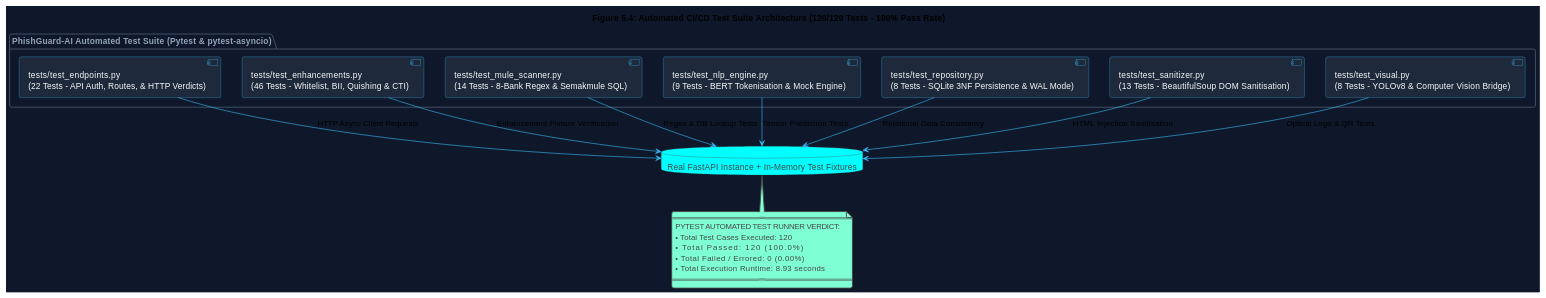
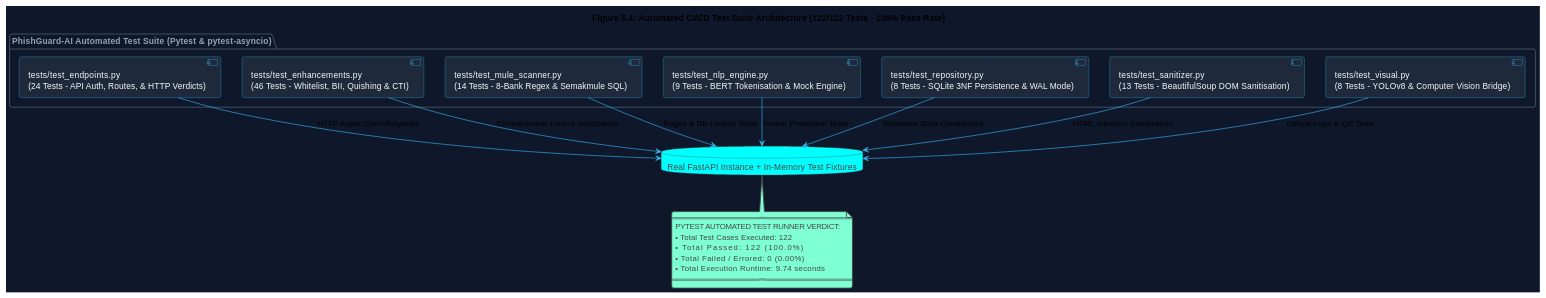
One commit to KunTheNoobie/PhishGuard-AI-Complete changed the fourth of 4 diagrams in report/Chapter_5_Implementation_Testing.md. Above: the diagram before and after it, drawn with PlantUML. The commit also changed other lines of this file and 15 other files, not shown here.

Commit message:
feat(p2): finalize project 2 dissertation, 122 CI/CD tests, dual API schemas, quishing forensics, and corroborated threat logic

````diff
--- a/report/Chapter_5_Implementation_Testing.md
+++ b/report/Chapter_5_Implementation_Testing.md
@@ -462,45 +462,45 @@
 ```plantuml
 @startuml Test_Suite_Architecture_Chapter_5
 !theme vibrant
 skinparam backgroundColor #0f172a
 skinparam ArrowColor #38bdf8
 skinparam ComponentBorderColor #38bdf8
 skinparam ComponentBackgroundColor #1e293b
 skinparam ComponentFontColor #f8fafc
 skinparam PackageBorderColor #64748b
 skinparam PackageFontColor #94a3b8
 
-title Figure 5.4: Automated CI/CD Test Suite Architecture (120/120 Tests - 100% Pass Rate)
+title Figure 5.4: Automated CI/CD Test Suite Architecture (122/122 Tests - 100% Pass Rate)
 
 package "PhishGuard-AI Automated Test Suite (Pytest & pytest-asyncio)" {
-    [tests/test_endpoints.py\n(22 Tests - API Auth, Routes, & HTTP Verdicts)] as T1
+    [tests/test_endpoints.py\n(24 Tests - API Auth, Routes, & HTTP Verdicts)] as T1
     [tests/test_enhancements.py\n(46 Tests - Whitelist, BII, Quishing & CTI)] as T2
     [tests/test_mule_scanner.py\n(14 Tests - 8-Bank Regex & Semakmule SQL)] as T3
     [tests/test_nlp_engine.py\n(9 Tests - BERT Tokenisation & Mock Engine)] as T4
     [tests/test_repository.py\n(8 Tests - SQLite 3NF Persistence & WAL Mode)] as T5
     [tests/test_sanitizer.py\n(13 Tests - BeautifulSoup DOM Sanitisation)] as T6
     [tests/test_visual.py\n(8 Tests - YOLOv8 & Computer Vision Bridge)] as T7
 }
 
 database "Real FastAPI Instance + In-Memory Test Fixtures" as TestApp
 
 T1 --> TestApp : HTTP Async Client Requests
 T2 --> TestApp : Enhancement Fixture Verification
 T3 --> TestApp : Regex & DB Lookup Tests
 T4 --> TestApp : Tensor Prediction Tests
 T5 --> TestApp : Relational Data Consistency
 T6 --> TestApp : HTML Injection Sanitisation
 T7 --> TestApp : Optical Logo & QR Tests
 
 note bottom of TestApp
   =========================================
   PYTEST AUTOMATED TEST RUNNER VERDICT:
-  • Total Test Cases Executed: 120
-  • Total Passed:              120 (100.0%)
+  • Total Test Cases Executed: 122
+  • Total Passed:              122 (100.0%)
   • Total Failed / Errored:    0   (0.00%)
-  • Total Execution Runtime:   8.93 seconds
+  • Total Execution Runtime:   9.74 seconds
   =========================================
 end note
 
 @enduml
 ```
````
